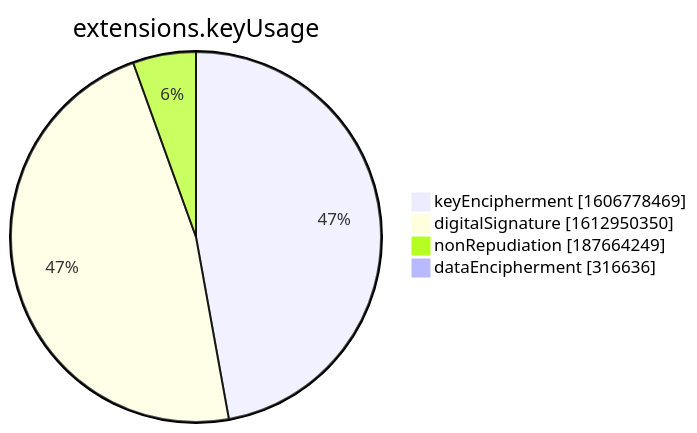
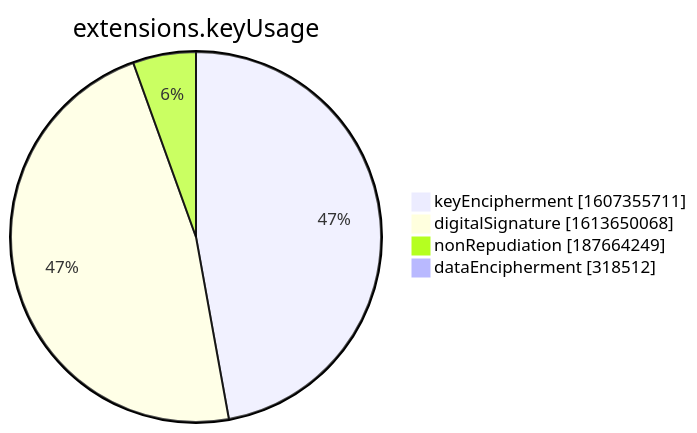
One commit to christiankrug/ctmonitor_visualization changed the seventh of 15 diagrams in xenon2022/README.md. Above: the diagram before and after it, drawn with Mermaid. The commit also changed other lines of this file, not shown here.

````diff
--- a/xenon2022/README.md
+++ b/xenon2022/README.md
@@ -2855,8 +2855,8 @@
 ```mermaid
 pie showData
 title extensions.keyUsage
-"keyEncipherment" :1606778469
-"digitalSignature" :1612950350
+"keyEncipherment" :1607355711
+"digitalSignature" :1613650068
 "nonRepudiation" :187664249
-"dataEncipherment" :316636
+"dataEncipherment" :318512
 ```
````
